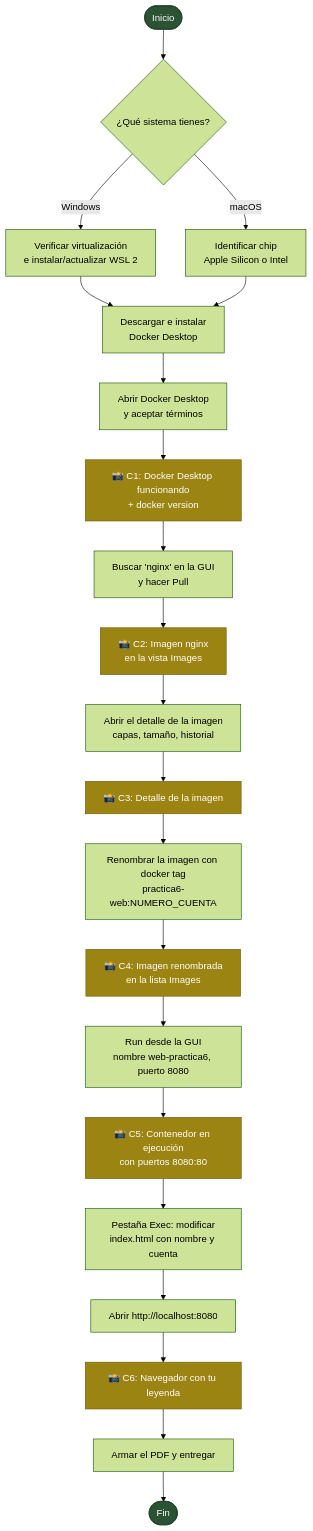
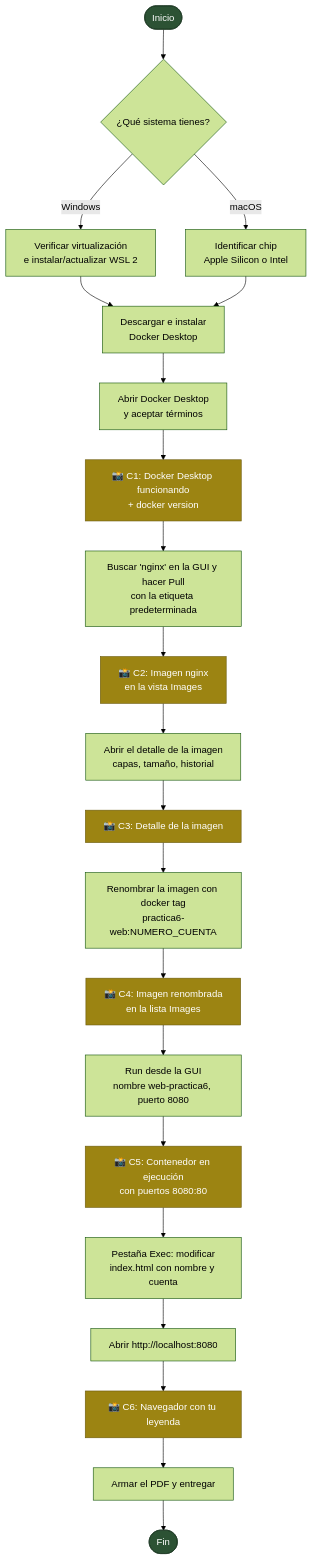
The first of 3 diagrams in lab-06/README.md (adanestrada/fca-lia-so-26b-practicas), drawn with Mermaid (forest theme) before and after one commit. The commit also changed other lines of this file, not shown here.

Commit message:
Update README with detailed nginx tag information

````diff
--- a/lab-06/README.md
+++ b/lab-06/README.md
@@ -40,28 +40,28 @@
 ```mermaid
 flowchart TD
     A([Inicio]) --> B{"¿Qué sistema tienes?"}
     B -- Windows --> C1["Verificar virtualización<br/>e instalar/actualizar WSL 2"]
     B -- macOS --> C2["Identificar chip<br/>Apple Silicon o Intel"]
     C1 --> D["Descargar e instalar<br/>Docker Desktop"]
     C2 --> D
     D --> E["Abrir Docker Desktop<br/>y aceptar términos"]
     E --> F["📸 C1: Docker Desktop funcionando<br/>+ docker version"]
-    F --> G["Buscar 'nginx' en la GUI<br/>y hacer Pull"]
+    F --> G["Buscar 'nginx' en la GUI y hacer Pull<br/>con la etiqueta predeterminada"]
     G --> H["📸 C2: Imagen nginx<br/>en la vista Images"]
     H --> I["Abrir el detalle de la imagen<br/>capas, tamaño, historial"]
     I --> J["📸 C3: Detalle de la imagen"]
     J --> K["Renombrar la imagen con docker tag<br/>practica6-web:NUMERO_CUENTA"]
     K --> L["📸 C4: Imagen renombrada<br/>en la lista Images"]
     L --> M["Run desde la GUI<br/>nombre web-practica6, puerto 8080"]
     M --> N["📸 C5: Contenedor en ejecución<br/>con puertos 8080:80"]
     N --> O["Pestaña Exec: modificar<br/>index.html con nombre y cuenta"]
     O --> P["Abrir http://localhost:8080"]
     P --> Q["📸 C6: Navegador con tu leyenda"]
     Q --> R["Armar el PDF y entregar"]
     R --> S([Fin])
 
     classDef foto fill:#9C8412,color:#ffffff,stroke:#6b5a0c;
     classDef fin fill:#2C5234,color:#ffffff,stroke:#1c3622;
     class F,H,J,L,N,Q foto;
     class A,S fin;
 ```
````
